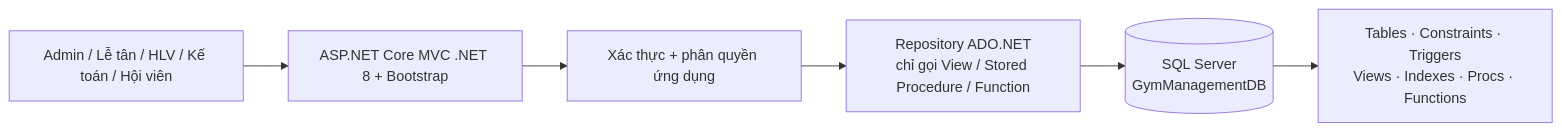
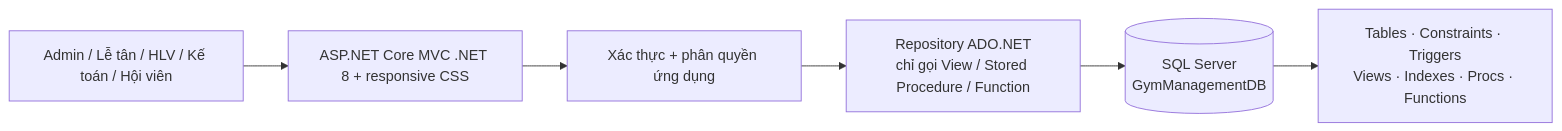
Before and after one commit to vhoanglong54/DBMS_FINALPROJECT: the first of 3 diagrams in docs/ARCHITECTURE.md, drawn with Mermaid. The commit also changed other lines of this file and 14 other files, not shown here.

Commit message:
feat(db): establish core gym schema and security

````diff
--- a/docs/ARCHITECTURE.md
+++ b/docs/ARCHITECTURE.md
@@ -11,8 +11,8 @@
 ```mermaid
 flowchart LR
-  U[Admin / Lễ tân / HLV / Kế toán / Hội viên] --> UI[ASP.NET Core MVC .NET 8 + Bootstrap]
+  U[Admin / Lễ tân / HLV / Kế toán / Hội viên] --> UI[ASP.NET Core MVC .NET 8 + responsive CSS]
   UI --> AUTH[Xác thực + phân quyền ứng dụng]
   AUTH --> DAL[Repository ADO.NET\nchỉ gọi View / Stored Procedure / Function]
   DAL --> SQL[(SQL Server\nGymManagementDB)]
   SQL --> DB[Tables · Constraints · Triggers\nViews · Indexes · Procs · Functions]
 ```
````
